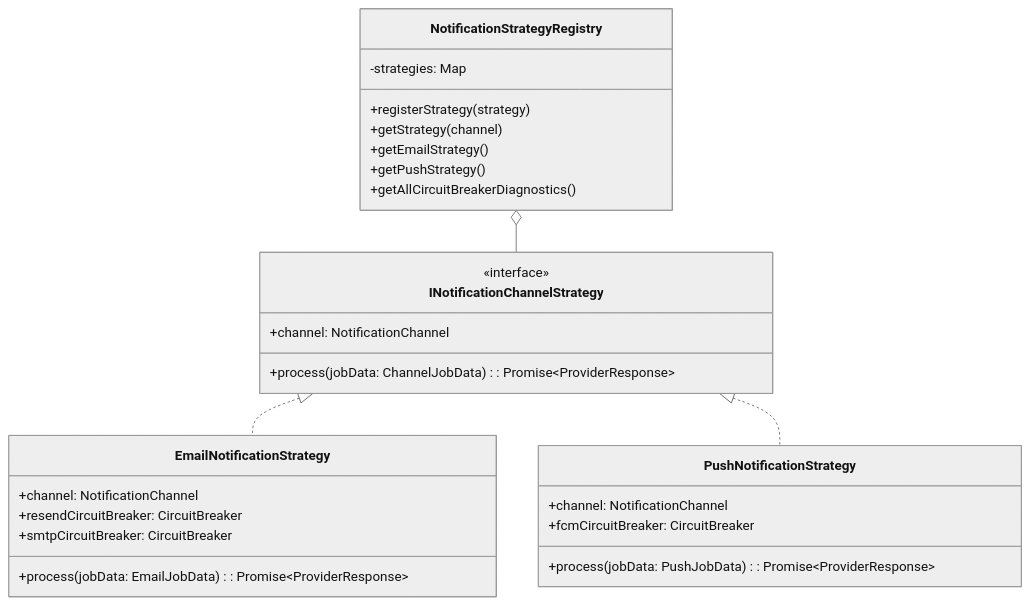
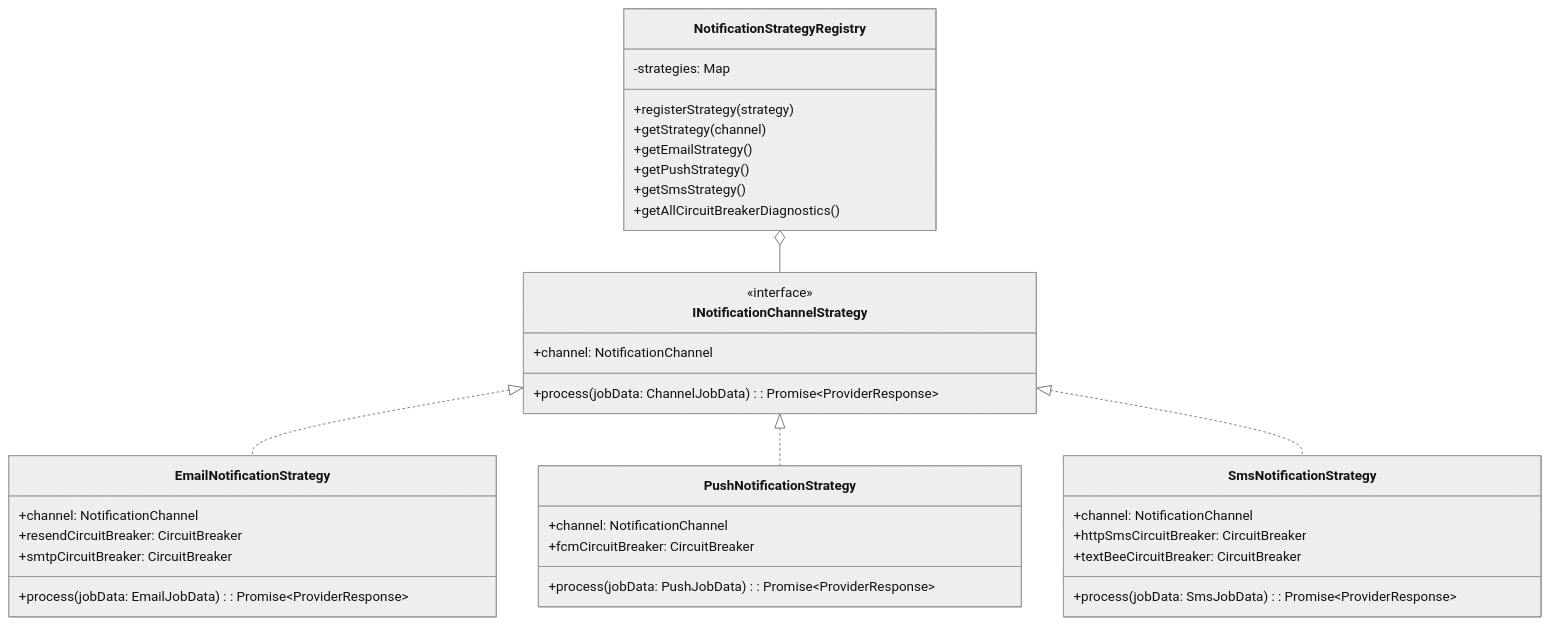
The third of 4 diagrams in README.md (rishank-kesarwani/notification-service), drawn with Mermaid (neutral theme) before and after one commit. The commit also changed other lines of this file, not shown here.

````diff
--- a/README.md
+++ b/README.md
@@ -550,34 +639,43 @@
 ```mermaid
 classDiagram
     class INotificationChannelStrategy {
         <<interface>>
         +channel: NotificationChannel
         +process(jobData: ChannelJobData): Promise~ProviderResponse~
     }
 
     class EmailNotificationStrategy {
         +channel: NotificationChannel
         +resendCircuitBreaker: CircuitBreaker
         +smtpCircuitBreaker: CircuitBreaker
         +process(jobData: EmailJobData): Promise~ProviderResponse~
     }
 
     class PushNotificationStrategy {
         +channel: NotificationChannel
         +fcmCircuitBreaker: CircuitBreaker
         +process(jobData: PushJobData): Promise~ProviderResponse~
     }
 
+    class SmsNotificationStrategy {
+        +channel: NotificationChannel
+        +httpSmsCircuitBreaker: CircuitBreaker
+        +textBeeCircuitBreaker: CircuitBreaker
+        +process(jobData: SmsJobData): Promise~ProviderResponse~
+    }
+
     class NotificationStrategyRegistry {
         -strategies: Map
         +registerStrategy(strategy)
         +getStrategy(channel)
         +getEmailStrategy()
         +getPushStrategy()
+        +getSmsStrategy()
         +getAllCircuitBreakerDiagnostics()
     }
 
     INotificationChannelStrategy <|.. EmailNotificationStrategy
     INotificationChannelStrategy <|.. PushNotificationStrategy
+    INotificationChannelStrategy <|.. SmsNotificationStrategy
     NotificationStrategyRegistry o-- INotificationChannelStrategy
 ```
````
